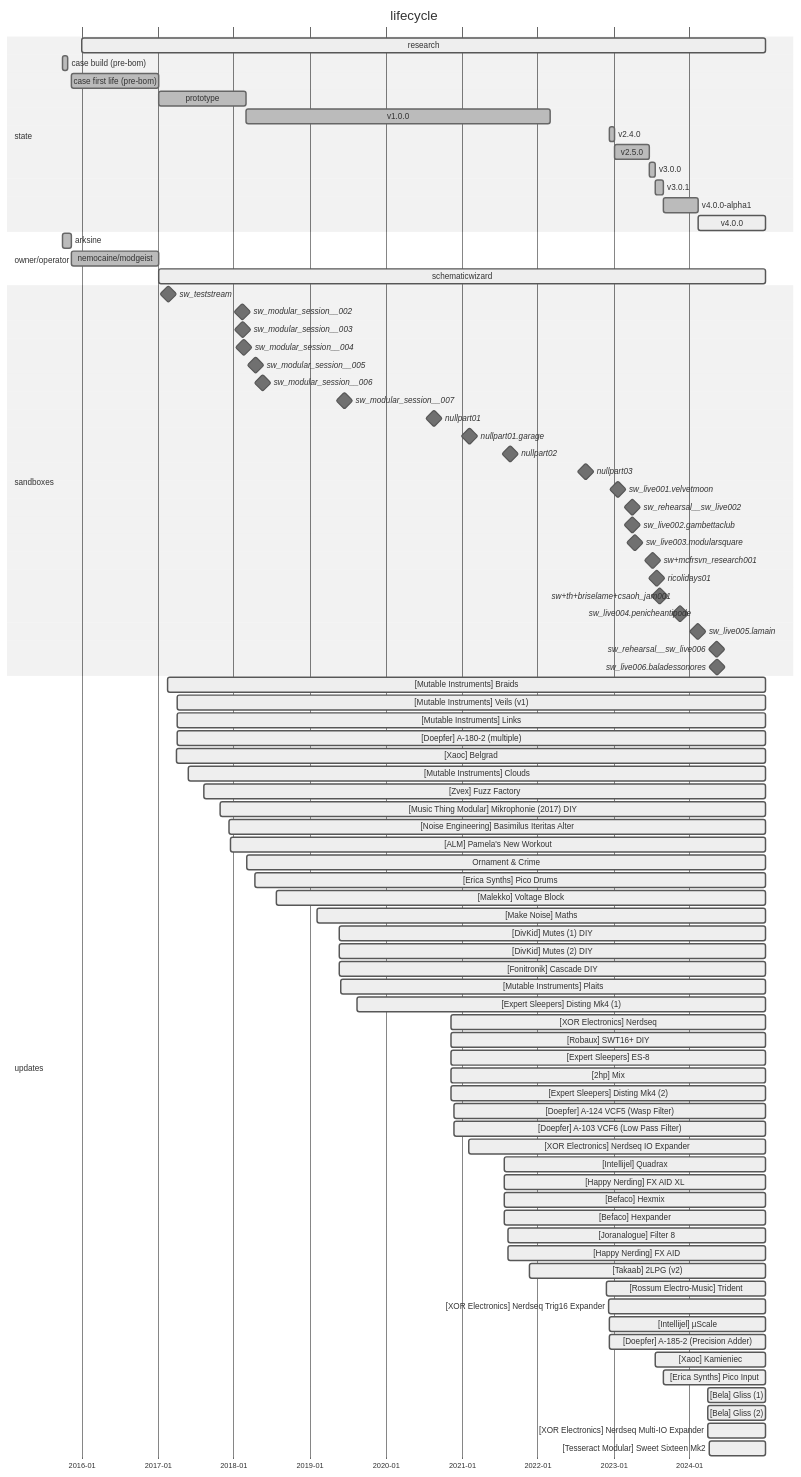
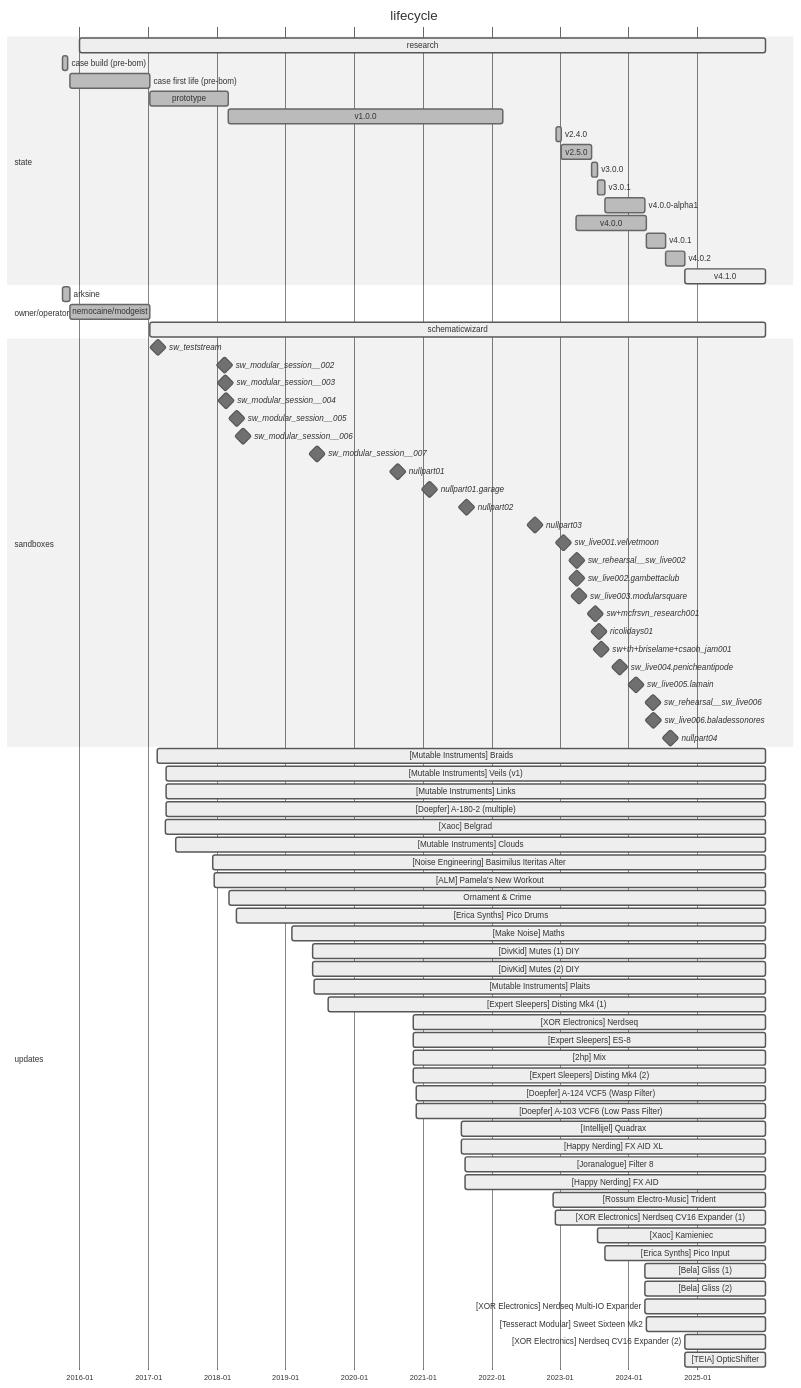
Before and after one commit to bill-of-materials/data: the diagram in ELEMENTS/ELM-0002/README.md, drawn with Mermaid (neutral theme). The commit also changed other lines of this file and 4 other files, not shown here.

````diff
--- a/ELEMENTS/ELM-0002/README.md
+++ b/ELEMENTS/ELM-0002/README.md
@@ -252,7 +270,7 @@
   axisFormat    %Y-%m
 
   section state
-  research                   :active,    2016-01-01, 2024-12-31
+  research                   :active,    2016-01-01, 2025-12-31
   case build (pre-bom)       :done,      2015-10-01, 2015-10-27
   case first life (pre-bom)  :done,      2015-11-11, 2017-01-07
   prototype                  :done,      2017-01-07, 2018-03-01
@@ -261,13 +279,16 @@
   v2.5.0                     :done,      2023-01-07, 2023-06-20
   v3.0.0                     :done,      2023-06-20, 2023-07-20
   v3.0.1                     :done,      2023-07-20, 2023-08-29
-  v4.0.0-alpha1              :done,      2023-08-29, 2024-02-10
-  v4.0.0                     :active,    2024-02-10, 2024-12-31
+  v4.0.0-alpha1              :done,      2023-08-29, 2024-03-30
+  v4.0.0                     :done,      2023-03-30, 2024-04-05
+  v4.0.1                     :done,      2024-04-05, 2024-07-15
+  v4.0.2                     :done,      2024-07-15, 2024-10-29
+  v4.1.0                     :active,    2024-10-29, 2025-12-31
 
   section owner/operator
   arksine            :done,      2015-10-01, 2015-11-11
   nemocaine/modgeist :done,      2015-11-11, 2017-01-07
-  schematicwizard    :active,    2017-01-07, 2024-12-31
+  schematicwizard    :active,    2017-01-07, 2025-12-31
 
   section sandboxes
   sw_teststream                :milestone, 2017-02-19, 1d
@@ -292,50 +313,42 @@
   sw_live005.lamain            :milestone, 2024-02-09, 1d
   sw_rehearsal__sw_live006     :milestone, 2024-05-11, 1d
   sw_live006.baladessonores    :milestone, 2024-05-12, 1d
+  nullpart04                   :milestone, 2024-08-05, 2024-08-18
 
   section updates
-  [Mutable Instruments] Braids                  :active,    2017-02-18, 2024-12-31
-  [Mutable Instruments] Veils (v1)              :active,    2017-04-03, 2024-12-31
-  [Mutable Instruments] Links                   :active,    2017-04-03, 2024-12-31
-  [Doepfer] A-180-2 (multiple)                  :active,    2017-04-03, 2024-12-31
-  [Xaoc] Belgrad                                :active,    2017-04-01, 2024-12-31
-  [Mutable Instruments] Clouds                  :active,    2017-05-27, 2024-12-31
-  [Zvex] Fuzz Factory                           :active,    2017-08-12, 2024-12-31
-  [Music Thing Modular] Mikrophonie (2017) DIY  :active,    2017-10-29, 2024-12-31
-  [Noise Engineering] Basimilus Iteritas Alter  :active,    2017-12-10, 2024-12-31
-  [ALM] Pamela's New Workout                    :active,    2017-12-16, 2024-12-31
-  Ornament & Crime                              :active,    2018-03-04, 2024-12-31
-  [Erica Synths] Pico Drums                     :active,    2018-04-13, 2024-12-31
-  [Malekko] Voltage Block                       :active,    2018-07-24, 2024-12-31
-  [Make Noise] Maths                            :active,    2019-02-05, 2024-12-31
-  [DivKid] Mutes (1) DIY                        :active,    2019-05-24, 2024-12-31
-  [DivKid] Mutes (2) DIY                        :active,    2019-05-24, 2024-12-31
-  [Fonitronik] Cascade DIY                      :active,    2019-05-24, 2024-12-31
-  [Mutable Instruments] Plaits                  :active,    2019-06-01, 2024-12-31
-  [Expert Sleepers] Disting Mk4 (1)             :active,    2019-08-15, 2024-12-31
-  [XOR Electronics] Nerdseq                     :active,    2020-11-11, 2024-12-31
-  [Robaux] SWT16+ DIY                           :active,    2020-11-11, 2024-12-31
-  [Expert Sleepers] ES-8                        :active,    2020-11-11, 2024-12-31
-  [2hp] Mix                                     :active,    2020-11-11, 2024-12-31
-  [Expert Sleepers] Disting Mk4 (2)             :active,    2020-11-11, 2024-12-31
-  [Doepfer] A-124 VCF5 (Wasp Filter)            :active,    2020-11-26, 2024-12-31
-  [Doepfer] A-103 VCF6 (Low Pass Filter)        :active,    2020-11-26, 2024-12-31
-  [XOR Electronics] Nerdseq IO Expander         :active,    2021-02-03, 2024-12-31
-  [Intellijel] Quadrax                          :active,    2021-07-24, 2024-12-31
-  [Happy Nerding] FX AID XL                     :active,    2021-07-24, 2024-12-31
-  [Befaco] Hexmix                               :active,    2021-07-24, 2024-12-31
-  [Befaco] Hexpander                            :active,    2021-07-24, 2024-12-31
-  [Joranalogue] Filter 8                        :active,    2021-08-12, 2024-12-31
-  [Happy Nerding] FX AID                        :active,    2021-08-12, 2024-12-31
-  [Takaab] 2LPG (v2)                            :active,    2021-11-22, 2024-12-31
-  [Rossum Electro-Music] Trident                :active,    2022-11-26, 2024-12-31
-  [XOR Electronics] Nerdseq Trig16 Expander     :active,    2022-12-07, 2024-12-31
-  [Intellijel] µScale                           :active,    2022-12-10, 2024-12-31
-  [Doepfer] A-185-2 (Precision Adder)           :active,    2022-12-10, 2024-12-31
-  [Xaoc] Kamieniec                              :active,    2023-07-20, 2024-12-31
-  [Erica Synths] Pico Input                     :active,    2023-08-29, 2024-12-31
-  [Bela] Gliss (1)                              :active,    2024-03-30, 2024-12-31
-  [Bela] Gliss (2)                              :active,    2024-03-30, 2024-12-31
-  [XOR Electronics] Nerdseq Multi-IO Expander   :active,    2024-03-30, 2024-12-31
-  [Tesseract Modular] Sweet Sixteen Mk2         :active,    2024-04-05, 2024-12-31
+  [Mutable Instruments] Braids                  :active,    2017-02-18, 2025-12-31
+  [Mutable Instruments] Veils (v1)              :active,    2017-04-03, 2025-12-31
+  [Mutable Instruments] Links                   :active,    2017-04-03, 2025-12-31
+  [Doepfer] A-180-2 (multiple)                  :active,    2017-04-03, 2025-12-31
+  [Xaoc] Belgrad                                :active,    2017-04-01, 2025-12-31
+  [Mutable Instruments] Clouds                  :active,    2017-05-27, 2025-12-31
+  [Noise Engineering] Basimilus Iteritas Alter  :active,    2017-12-10, 2025-12-31
+  [ALM] Pamela's New Workout                    :active,    2017-12-16, 2025-12-31
+  Ornament & Crime                              :active,    2018-03-04, 2025-12-31
+  [Erica Synths] Pico Drums                     :active,    2018-04-13, 2025-12-31
+  [Make Noise] Maths                            :active,    2019-02-05, 2025-12-31
+  [DivKid] Mutes (1) DIY                        :active,    2019-05-24, 2025-12-31
+  [DivKid] Mutes (2) DIY                        :active,    2019-05-24, 2025-12-31
+  [Mutable Instruments] Plaits                  :active,    2019-06-01, 2025-12-31
+  [Expert Sleepers] Disting Mk4 (1)             :active,    2019-08-15, 2025-12-31
+  [XOR Electronics] Nerdseq                     :active,    2020-11-11, 2025-12-31
+  [Expert Sleepers] ES-8                        :active,    2020-11-11, 2025-12-31
+  [2hp] Mix                                     :active,    2020-11-11, 2025-12-31
+  [Expert Sleepers] Disting Mk4 (2)             :active,    2020-11-11, 2025-12-31
+  [Doepfer] A-124 VCF5 (Wasp Filter)            :active,    2020-11-26, 2025-12-31
+  [Doepfer] A-103 VCF6 (Low Pass Filter)        :active,    2020-11-26, 2025-12-31
+  [Intellijel] Quadrax                          :active,    2021-07-24, 2025-12-31
+  [Happy Nerding] FX AID XL                     :active,    2021-07-24, 2025-12-31
+  [Joranalogue] Filter 8                        :active,    2021-08-12, 2025-12-31
+  [Happy Nerding] FX AID                        :active,    2021-08-12, 2025-12-31
+  [Rossum Electro-Music] Trident                :active,    2022-11-26, 2025-12-31
+  [XOR Electronics] Nerdseq CV16 Expander (1)   :active,    2022-12-07, 2025-12-31
+  [Xaoc] Kamieniec                              :active,    2023-07-20, 2025-12-31
+  [Erica Synths] Pico Input                     :active,    2023-08-29, 2025-12-31
+  [Bela] Gliss (1)                              :active,    2024-03-30, 2025-12-31
+  [Bela] Gliss (2)                              :active,    2024-03-30, 2025-12-31
+  [XOR Electronics] Nerdseq Multi-IO Expander   :active,    2024-03-30, 2025-12-31
+  [Tesseract Modular] Sweet Sixteen Mk2         :active,    2024-04-05, 2025-12-31
+  [XOR Electronics] Nerdseq CV16 Expander (2)   :active,    2024-10-29, 2025-12-31
+  [TEIA] OpticShifter                           :active,    2024-10-29, 2025-12-31
 ```
````
